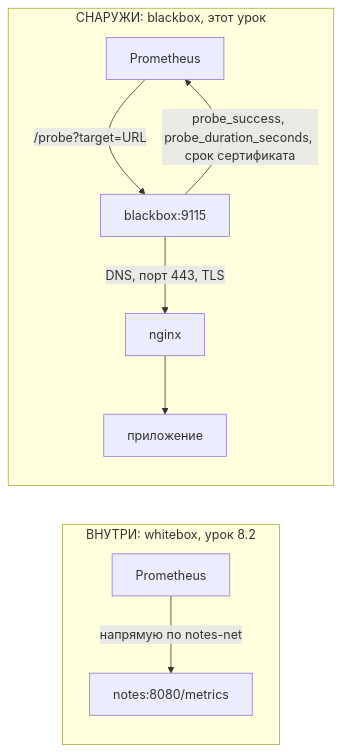
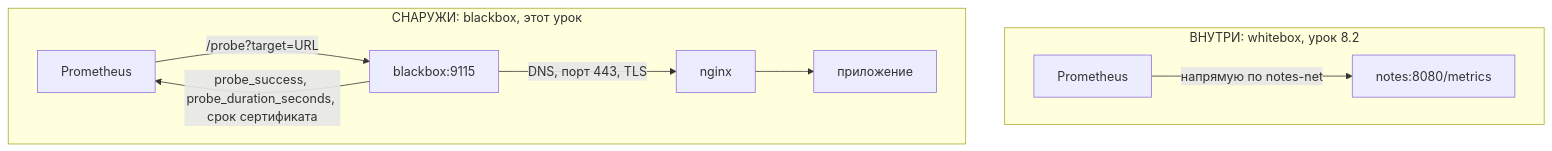
The first of 3 diagrams in devops/08-observability/04-blackbox-exporters.md (distinguished-sre/learning), drawn with Mermaid before and after one commit. The commit also changed other lines of this file and 462 other files, not shown here.

````diff
--- a/devops/08-observability/04-blackbox-exporters.md
+++ b/devops/08-observability/04-blackbox-exporters.md
@@ -39,12 +39,12 @@
 ```mermaid
-flowchart LR
+flowchart TB
     subgraph IN["ВНУТРИ: whitebox, урок 8.2"]
         P1["Prometheus"] -->|"напрямую по notes-net"| A1["notes:8080/metrics"]
     end
     subgraph OUT["СНАРУЖИ: blackbox, этот урок"]
         P2["Prometheus"] -->|"/probe?target=URL"| B["blackbox:9115"]
         B -->|"DNS, порт 443, TLS"| NG["nginx"]
         NG --> A2["приложение"]
         B -->|"probe_success, probe_duration_seconds, срок сертификата"| P2
     end
 ```
````
